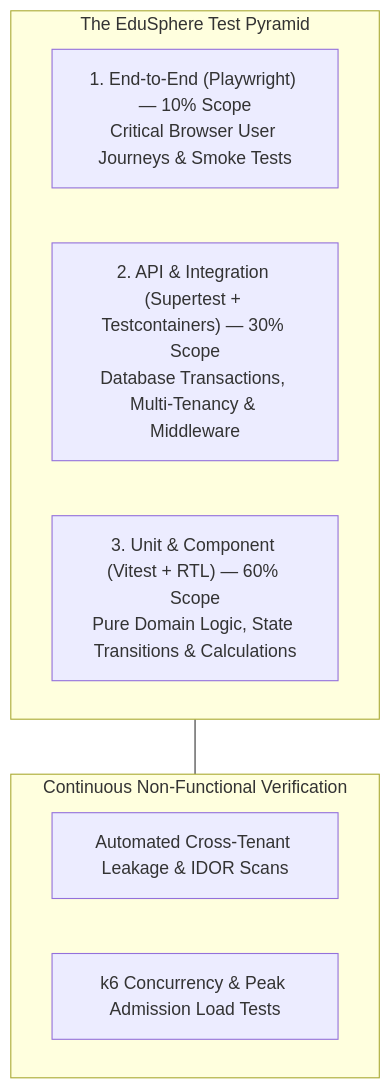
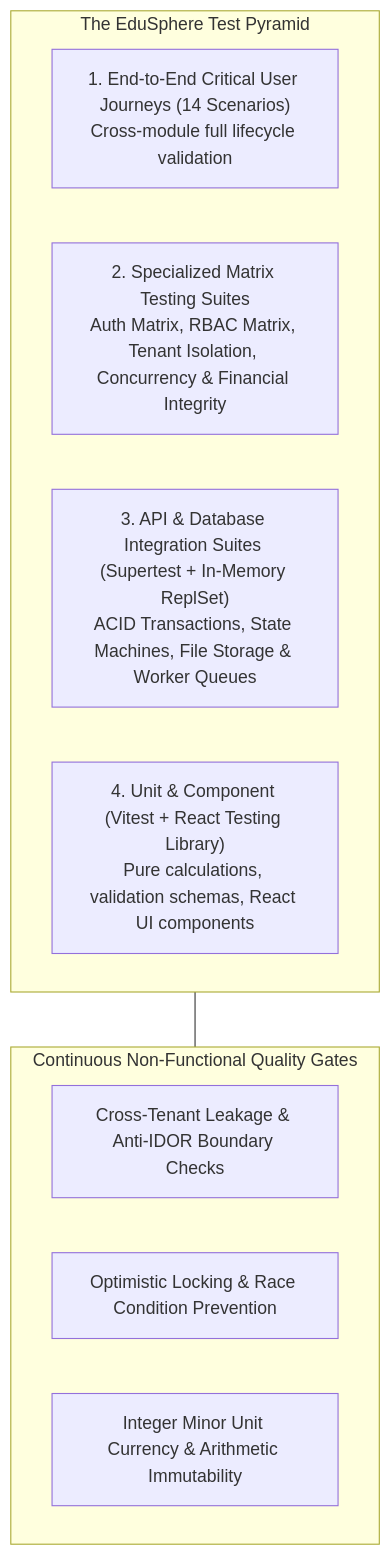
One commit to tanveersaurce/school-erp changed the diagram in docs/TESTING_STRATEGY.md. Above: the diagram before and after it, drawn with Mermaid. The commit also changed other lines of this file and 20 other files, not shown here.

````diff
--- a/docs/TESTING_STRATEGY.md
+++ b/docs/TESTING_STRATEGY.md
@@ -14,15 +13,17 @@
 ```mermaid
 graph TD
     subgraph Test_Pyramid ["The EduSphere Test Pyramid"]
-        E2E["1. End-to-End (Playwright) — 10% Scope\nCritical Browser User Journeys & Smoke Tests"]
-        Integration["2. API & Integration (Supertest + Testcontainers) — 30% Scope\nDatabase Transactions, Multi-Tenancy & Middleware"]
-        Unit["3. Unit & Component (Vitest + RTL) — 60% Scope\nPure Domain Logic, State Transitions & Calculations"]
+        E2E["1. End-to-End Critical User Journeys (14 Scenarios)\nCross-module full lifecycle validation"]
+        Matrix["2. Specialized Matrix Testing Suites\nAuth Matrix, RBAC Matrix, Tenant Isolation, Concurrency & Financial Integrity"]
+        Integration["3. API & Database Integration Suites (Supertest + In-Memory ReplSet)\nACID Transactions, State Machines, File Storage & Worker Queues"]
+        Unit["4. Unit & Component (Vitest + React Testing Library)\nPure calculations, validation schemas, React UI components"]
     end
 
-    subgraph Security_Performance ["Continuous Non-Functional Verification"]
-        SecTest["Automated Cross-Tenant Leakage & IDOR Scans"]
-        LoadTest["k6 Concurrency & Peak Admission Load Tests"]
+    subgraph Security_Performance ["Continuous Non-Functional Quality Gates"]
+        SecTest["Cross-Tenant Leakage & Anti-IDOR Boundary Checks"]
+        ConcTest["Optimistic Locking & Race Condition Prevention"]
+        FinTest["Integer Minor Unit Currency & Arithmetic Immutability"]
     end
 
     Test_Pyramid --- Security_Performance
 ```
````
